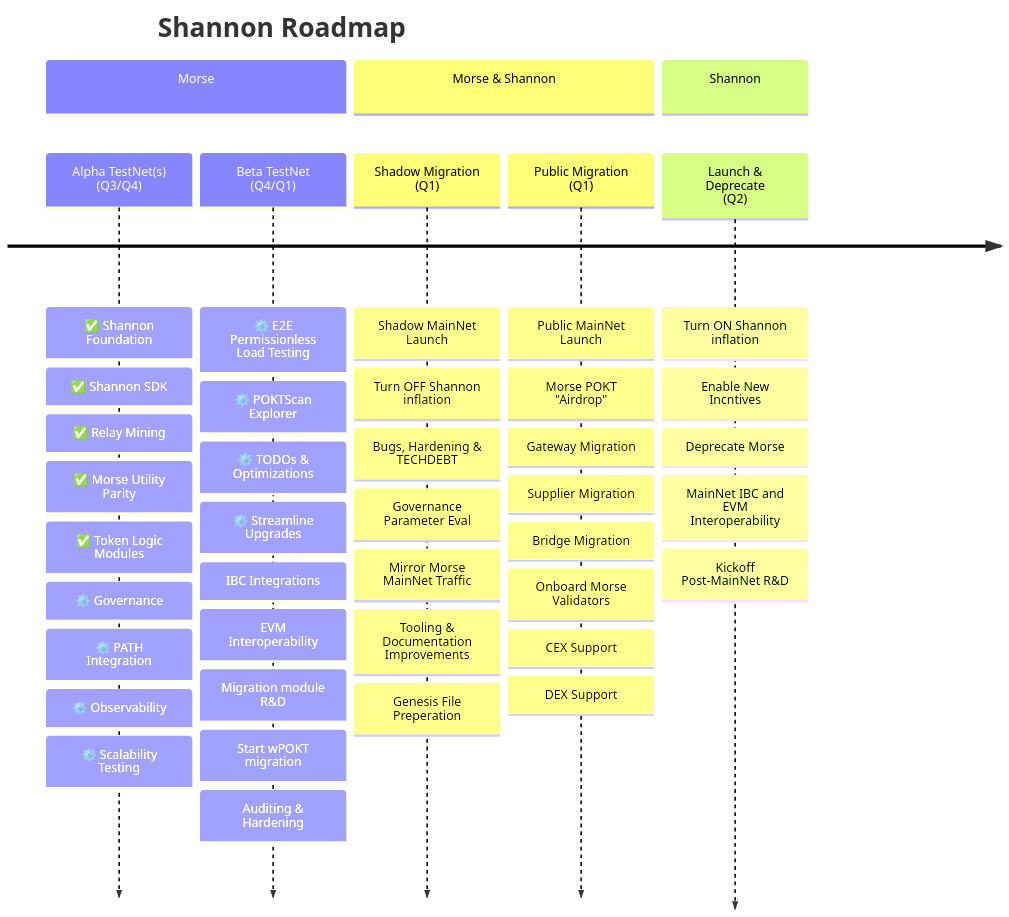
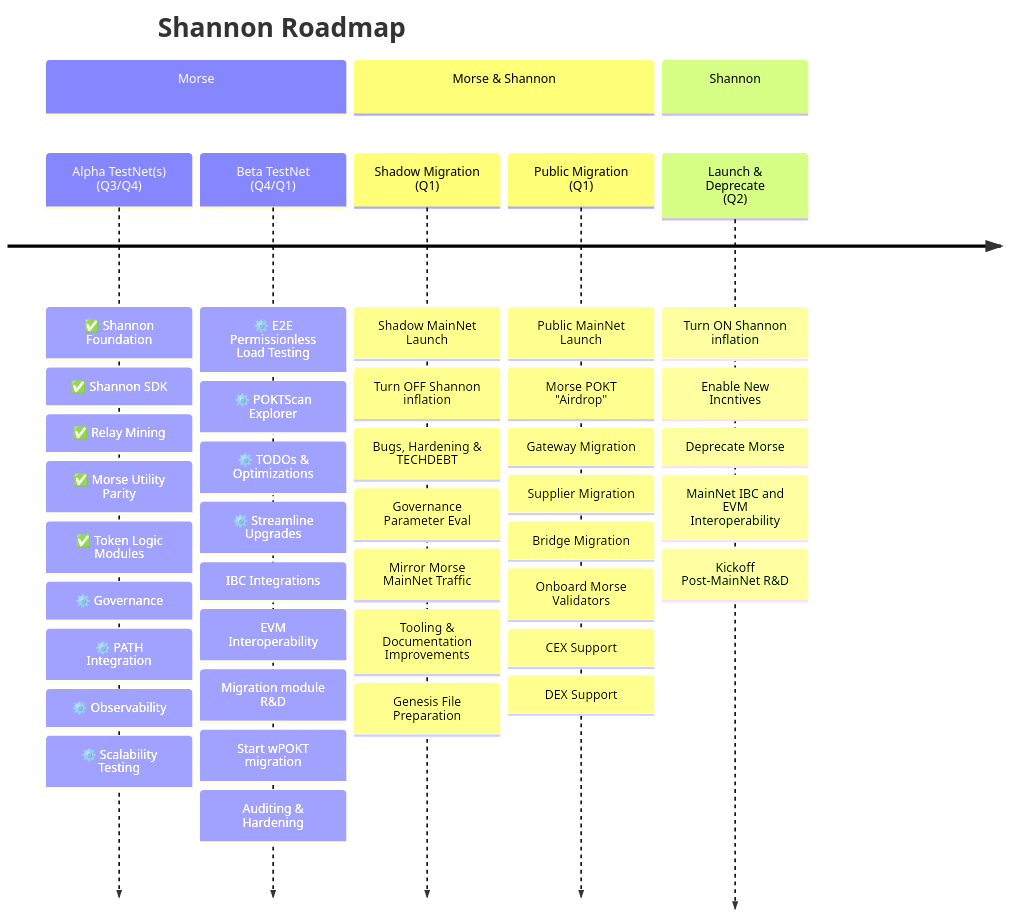
The diagram in docusaurus/docs/explore/roadmap.md (pokt-network/poktroll), drawn with Mermaid before and after one commit. The commit also changed other lines of this file, not shown here.

Commit message:
Self review

````diff
--- a/docusaurus/docs/explore/roadmap.md
+++ b/docusaurus/docs/explore/roadmap.md
@@ -15,50 +15,50 @@
 ```mermaid
 timeline
     title Shannon Roadmap
     section Morse
       Alpha TestNet(s) <br> (Q3/Q4):
 	      ✅ Shannon Foundation:
 	      ✅ Shannon SDK:
 	      ✅ Relay Mining:
 	      ✅ Morse Utility Parity:
 	      ✅ Token Logic Modules:
 	      ⚙️ Governance:
 	      ⚙️ PATH Integration:
 	      ⚙️ Observability:
 	      ⚙️ Scalability Testing
 	    Beta TestNet (Q4/Q1):
 	      ⚙️  E2E Permissionless Load Testing:
 	      ⚙️  POKTScan Explorer:
 	      ⚙️  TODOs & Optimizations:
 	      ⚙️  Streamline Upgrades:
 	      IBC Integrations:
 	      EVM Interoperability:
 	      Migration module R&D:
 				Start wPOKT migration:
 				Auditing & Hardening
     section Morse & Shannon
 			Shadow Migration <br> (Q1):
 				Shadow MainNet Launch:
                 Turn OFF Shannon inflation:
 				Bugs, Hardening & TECHDEBT:
 				Governance Parameter Eval:
 				Mirror Morse MainNet Traffic:
 				Tooling & Documentation Improvements:
-				Genesis File Preperation
+				Genesis File Preparation
 			Public Migration <br> (Q1):
                 Public MainNet Launch:
 				Morse POKT "Airdrop":
 				Gateway Migration:
                 Supplier Migration:
 				Bridge Migration:
 				Onboard Morse Validators:
 				CEX Support:
                 DEX Support
     section Shannon
 	    Launch & Deprecate <br> (Q2):
             Turn ON Shannon inflation:
 		    Enable New Incntives:
 		    Deprecate Morse:
             MainNet IBC and EVM Interoperability:
 		    Kickoff Post-MainNet R&D
 ```
````
